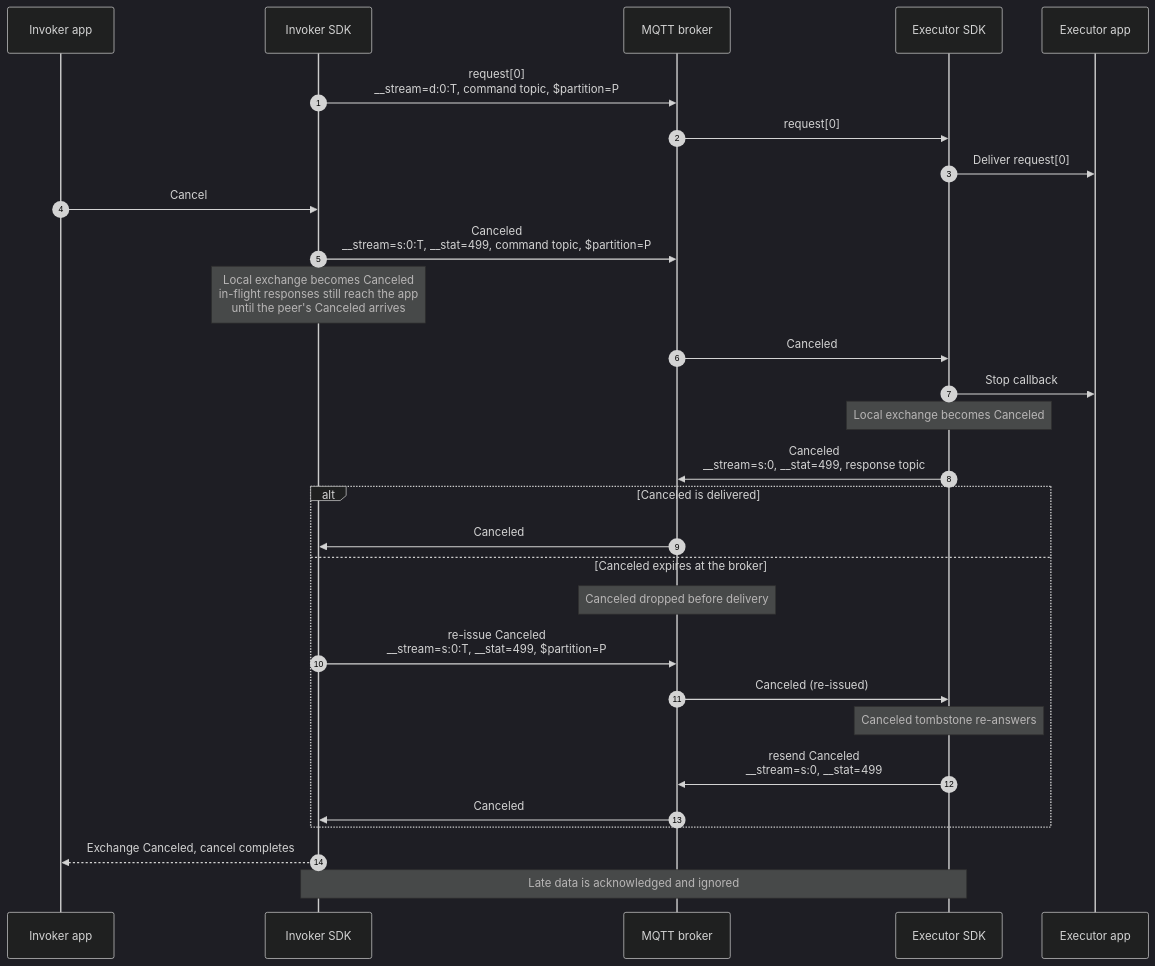
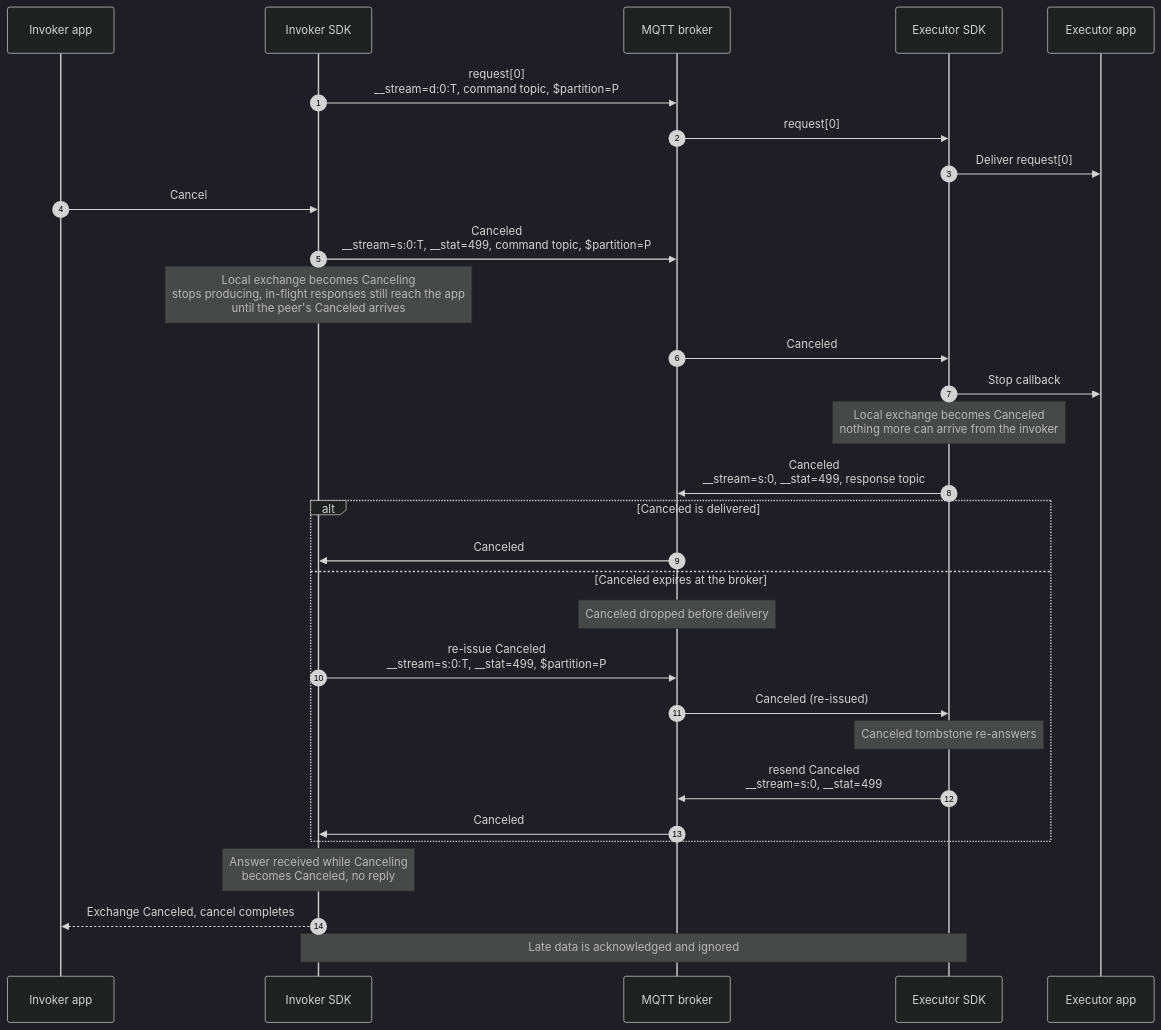
The fifth of 10 diagrams in doc/dev/adr/0025-rpc-streaming-lifecycle-diagrams.md (Azure/iot-operations-sdks), drawn with Mermaid (dark theme) before and after one commit. The commit also changed other lines of this file and 3 other files, not shown here.

````diff
--- a/doc/dev/adr/0025-rpc-streaming-lifecycle-diagrams.md
+++ b/doc/dev/adr/0025-rpc-streaming-lifecycle-diagrams.md
@@ -199,34 +207,35 @@
 ```mermaid
 sequenceDiagram
     autonumber
     participant IA as Invoker app
     participant IS as Invoker SDK
     participant B as MQTT broker
     participant ES as Executor SDK
     participant EA as Executor app
 
     IS->>B: request[0]<br/>__stream=d:0:T, command topic, $partition=P
     B->>ES: request[0]
     ES->>EA: Deliver request[0]
     IA->>IS: Cancel
     IS->>B: Canceled<br/>__stream=s:0:T, __stat=499, command topic, $partition=P
-    Note over IS: Local exchange becomes Canceled<br/>in-flight responses still reach the app<br/>until the peer's Canceled arrives
+    Note over IS: Local exchange becomes Canceling<br/>stops producing, in-flight responses still reach the app<br/>until the peer's Canceled arrives
     B->>ES: Canceled
     ES->>EA: Stop callback
-    Note over ES: Local exchange becomes Canceled
+    Note over ES: Local exchange becomes Canceled<br/>nothing more can arrive from the invoker
     ES->>B: Canceled<br/>__stream=s:0, __stat=499, response topic
 
     alt Canceled is delivered
         B->>IS: Canceled
     else Canceled expires at the broker
         Note over B: Canceled dropped before delivery
         IS->>B: re-issue Canceled<br/>__stream=s:0:T, __stat=499, $partition=P
         B->>ES: Canceled (re-issued)
         Note over ES: Canceled tombstone re-answers
         ES->>B: resend Canceled<br/>__stream=s:0, __stat=499
         B->>IS: Canceled
     end
 
+    Note over IS: Answer received while Canceling<br/>becomes Canceled, no reply
     IS-->>IA: Exchange Canceled, cancel completes
     Note over IS,ES: Late data is acknowledged and ignored
 ```
````
